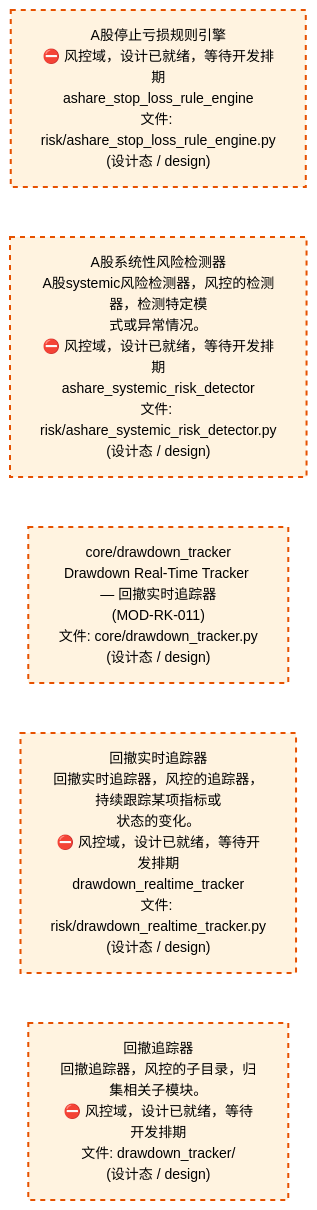
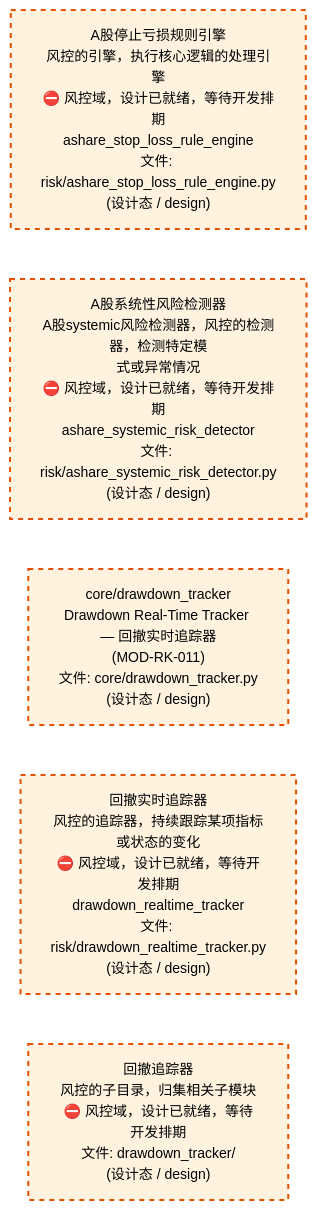
One commit to xuanFelixVan/ZephyrAlpha changed the third of 4 diagrams in docs/02_enterprise_architecture/02_domain_architecture_docs/65_d_risk.md. Above: the diagram before and after it, drawn with Mermaid. The commit also changed other lines of this file and 63 other files, not shown here.

````diff
--- a/docs/02_enterprise_architecture/02_domain_architecture_docs/65_d_risk.md
+++ b/docs/02_enterprise_architecture/02_domain_architecture_docs/65_d_risk.md
@@ -183,18 +183,18 @@
 ```mermaid
 %%{init: {'theme': 'base', 'themeVariables': {'primaryColor': '#eaeaea', 'primaryTextColor': '#333333', 'primaryBorderColor': '#666666', 'lineColor': '#666666', 'secondaryColor': '#eaeaea', 'tertiaryColor': '#eaeaea', 'fontSize': '14px'}}}%%
 flowchart TD
-    src_zephyr_risk_ashare_stop_loss_rule_engine_py["A股停止亏损规则引擎<br/>⛔ 风控域，设计已就绪，等待开发排期<br/>ashare_stop_loss_rule_engine<br/>文件: risk/ashare_stop_loss_rule_engine.py<br/>(设计态 / design)"]
-    src_zephyr_risk_ashare_systemic_risk_detector_py["A股系统性风险检测器<br/>A股systemic风险检测器，风控的检测器，检测特定模<br/>式或异常情况。<br/>⛔ 风控域，设计已就绪，等待开发排期<br/>ashare_systemic_risk_detector<br/>文件: risk/ashare_systemic_risk_detector.py<br/>(设计态 / design)"]
+    src_zephyr_risk_ashare_stop_loss_rule_engine_py["A股停止亏损规则引擎<br/>风控的引擎，执行核心逻辑的处理引擎<br/>⛔ 风控域，设计已就绪，等待开发排期<br/>ashare_stop_loss_rule_engine<br/>文件: risk/ashare_stop_loss_rule_engine.py<br/>(设计态 / design)"]
+    src_zephyr_risk_ashare_systemic_risk_detector_py["A股系统性风险检测器<br/>A股systemic风险检测器，风控的检测器，检测特定模<br/>式或异常情况<br/>⛔ 风控域，设计已就绪，等待开发排期<br/>ashare_systemic_risk_detector<br/>文件: risk/ashare_systemic_risk_detector.py<br/>(设计态 / design)"]
     src_zephyr_risk_core_drawdown_tracker_py["core/drawdown_tracker<br/>Drawdown Real-Time Tracker — 回撤实时追踪器<br/>(MOD-RK-011)<br/>文件: core/drawdown_tracker.py<br/>(设计态 / design)"]
-    src_zephyr_risk_drawdown_realtime_tracker_py["回撤实时追踪器<br/>回撤实时追踪器，风控的追踪器，持续跟踪某项指标或<br/>状态的变化。<br/>⛔ 风控域，设计已就绪，等待开发排期<br/>drawdown_realtime_tracker<br/>文件: risk/drawdown_realtime_tracker.py<br/>(设计态 / design)"]
-    src_zephyr_risk_drawdown_tracker["回撤追踪器<br/>回撤追踪器，风控的子目录，归集相关子模块。<br/>⛔ 风控域，设计已就绪，等待开发排期<br/>文件: drawdown_tracker/<br/>(设计态 / design)"]
+    src_zephyr_risk_drawdown_realtime_tracker_py["回撤实时追踪器<br/>风控的追踪器，持续跟踪某项指标或状态的变化<br/>⛔ 风控域，设计已就绪，等待开发排期<br/>drawdown_realtime_tracker<br/>文件: risk/drawdown_realtime_tracker.py<br/>(设计态 / design)"]
+    src_zephyr_risk_drawdown_tracker["回撤追踪器<br/>风控的子目录，归集相关子模块<br/>⛔ 风控域，设计已就绪，等待开发排期<br/>文件: drawdown_tracker/<br/>(设计态 / design)"]
     src_zephyr_risk_ashare_stop_loss_rule_engine_py ~~~ src_zephyr_risk_ashare_systemic_risk_detector_py
     src_zephyr_risk_ashare_systemic_risk_detector_py ~~~ src_zephyr_risk_core_drawdown_tracker_py
     src_zephyr_risk_core_drawdown_tracker_py ~~~ src_zephyr_risk_drawdown_realtime_tracker_py
     src_zephyr_risk_drawdown_realtime_tracker_py ~~~ src_zephyr_risk_drawdown_tracker
     classDef production fill:#e1f5fe,stroke:#01579b,stroke-width:2px,color:#000
     classDef design fill:#fff3e0,stroke:#e65100,stroke-width:2px,color:#000,stroke-dasharray: 5 5
     classDef external_prod fill:#e8f4fd,stroke:#0277bd,stroke-width:1px,color:#000
     classDef external_design fill:#fff8e7,stroke:#ef6c00,stroke-width:1px,color:#000,stroke-dasharray: 5 5
     class src_zephyr_risk_ashare_stop_loss_rule_engine_py,src_zephyr_risk_ashare_systemic_risk_detector_py,src_zephyr_risk_core_drawdown_tracker_py,src_zephyr_risk_drawdown_realtime_tracker_py,src_zephyr_risk_drawdown_tracker design
 ```
````
